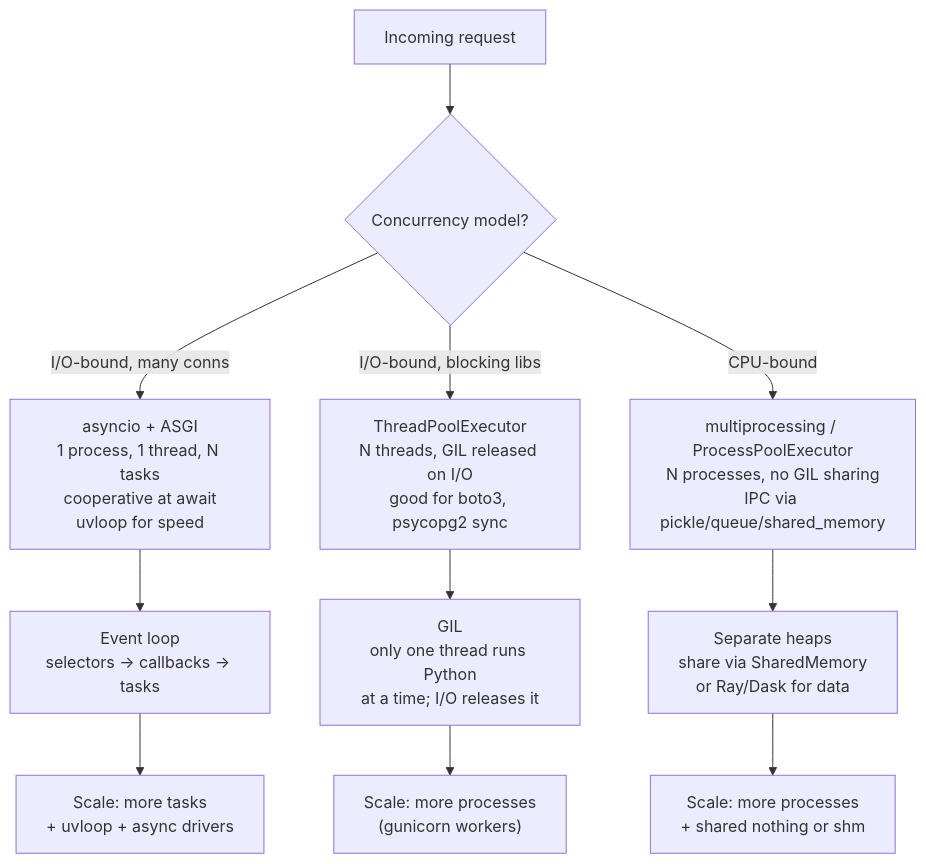
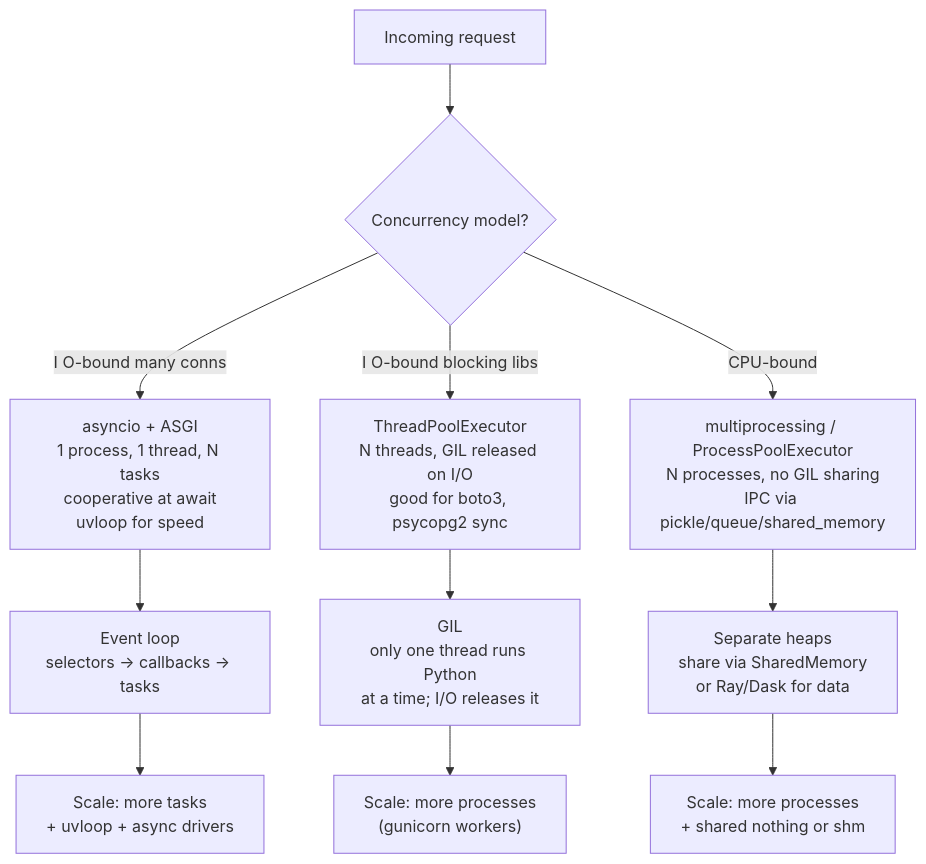
The second of 7 diagrams in vol-13-runtimes/ch06-python-node.md (bumbsclaw/textbooks), drawn with Mermaid before and after one commit. The commit also changed other lines of this file and 173 other files, not shown here.

First line of the commit message:
fix(mermaid): close note brackets, semicolons in Notes, stateDiagram br -> dash, edge parens

````diff
--- a/vol-13-runtimes/ch06-python-node.md
+++ b/vol-13-runtimes/ch06-python-node.md
@@ -153,16 +153,16 @@
 ```mermaid
 flowchart TB
     REQ["Incoming request"] --> CHOICE{"Concurrency model?"}
 
-    CHOICE -->|I/O-bound, many conns| ASYNC["asyncio + ASGI<br/>1 process, 1 thread, N tasks<br/>cooperative at await<br/>uvloop for speed"]
-    CHOICE -->|I/O-bound, blocking libs| THREAD["ThreadPoolExecutor<br/>N threads, GIL released on I/O<br/>good for boto3, psycopg2 sync"]
+    CHOICE -->|I O-bound many conns| ASYNC["asyncio + ASGI<br/>1 process, 1 thread, N tasks<br/>cooperative at await<br/>uvloop for speed"]
+    CHOICE -->|I O-bound blocking libs| THREAD["ThreadPoolExecutor<br/>N threads, GIL released on I/O<br/>good for boto3, psycopg2 sync"]
     CHOICE -->|CPU-bound| PROC2["multiprocessing / ProcessPoolExecutor<br/>N processes, no GIL sharing<br/>IPC via pickle/queue/shared_memory"]
 
     ASYNC --> LOOP["Event loop<br/>selectors → callbacks → tasks"]
     THREAD --> GIL2["GIL<br/>only one thread runs Python<br/>at a time; I/O releases it"]
     PROC2 --> MEM["Separate heaps<br/>share via SharedMemory<br/>or Ray/Dask for data"]
 
     LOOP --> SCALE1["Scale: more tasks<br/>+ uvloop + async drivers"]
     GIL2 --> SCALE2["Scale: more processes<br/>(gunicorn workers)"]
     MEM --> SCALE3["Scale: more processes<br/>+ shared nothing or shm"]
 ```
````
